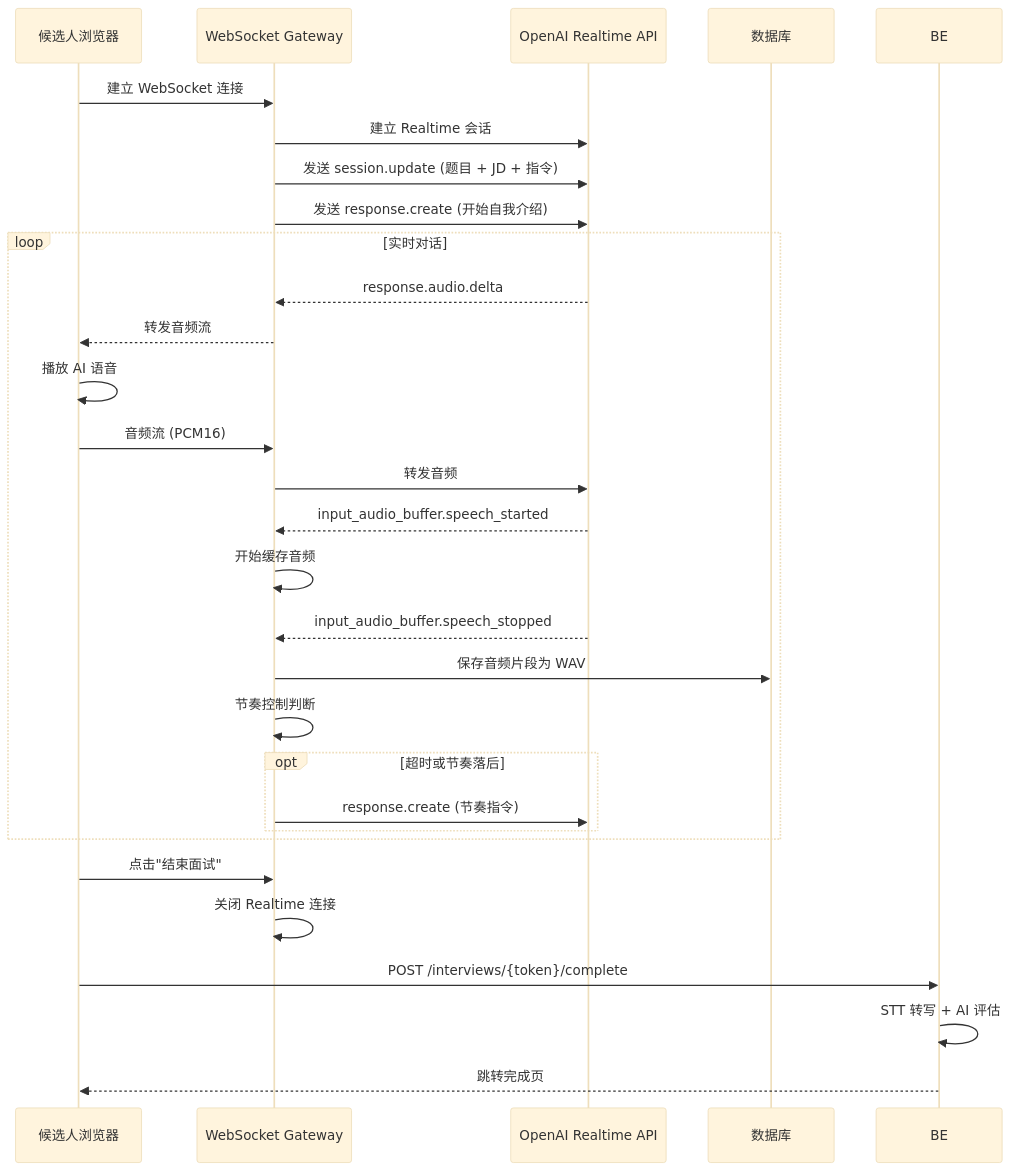
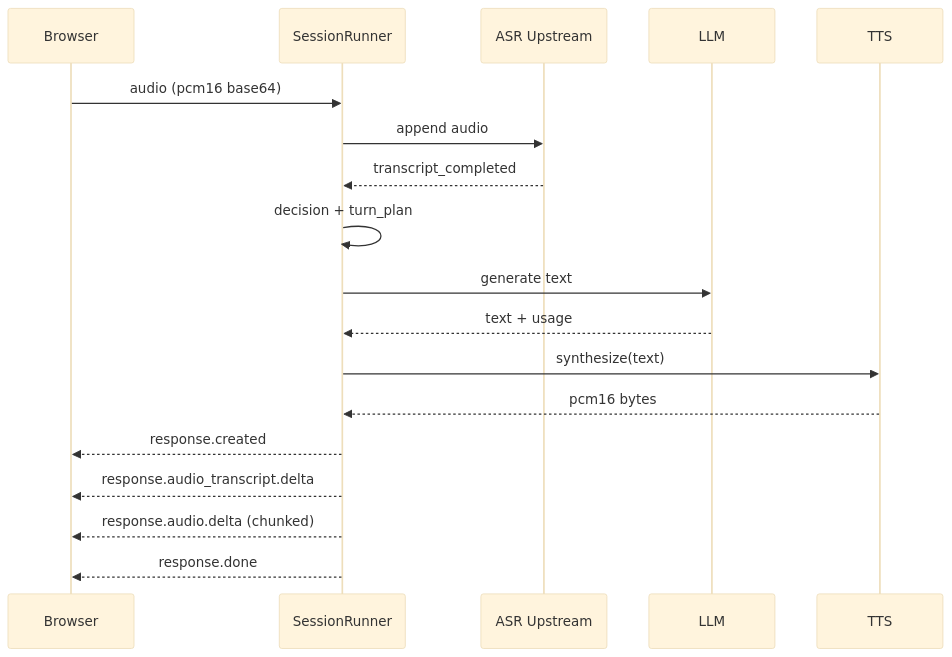
One commit to cziwen/AI_Interviewer changed the diagram in spec_doc/02_architecture.md. Above: the diagram before and after it, drawn with Mermaid (base theme). The commit also changed other lines of this file and 19 other files, not shown here.

````diff
--- a/spec_doc/02_architecture.md
+++ b/spec_doc/02_architecture.md
@@ -90,38 +35,21 @@
 ```mermaid
 sequenceDiagram
-    participant C as 候选人浏览器
-    participant WS as WebSocket Gateway
-    participant RT as OpenAI Realtime API
-    participant DB as 数据库
+    participant C as Browser
+    participant R as SessionRunner
+    participant A as ASR Upstream
+    participant L as LLM
+    participant T as TTS
 
-    C->>WS: 建立 WebSocket 连接
-    WS->>RT: 建立 Realtime 会话
-    WS->>RT: 发送 session.update (题目 + JD + 指令)
-    WS->>RT: 发送 response.create (开始自我介绍)
-
-    loop 实时对话
-        RT-->>WS: response.audio.delta
-        WS-->>C: 转发音频流
-        C->>C: 播放 AI 语音
-
-        C->>WS: 音频流 (PCM16)
-        WS->>RT: 转发音频
-
-        RT-->>WS: input_audio_buffer.speech_started
-        WS->>WS: 开始缓存音频
-
-        RT-->>WS: input_audio_buffer.speech_stopped
-        WS->>DB: 保存音频片段为 WAV
-        WS->>WS: 节奏控制判断
-
-        opt 超时或节奏落后
-            WS->>RT: response.create (节奏指令)
-        end
-    end
-
-    C->>WS: 点击"结束面试"
-    WS->>WS: 关闭 Realtime 连接
-    C->>BE: POST /interviews/{token}/complete
-    BE->>BE: STT 转写 + AI 评估
-    BE-->>C: 跳转完成页
+    C->>R: audio (pcm16 base64)
+    R->>A: append audio
+    A-->>R: transcript_completed
+    R->>R: decision + turn_plan
+    R->>L: generate text
+    L-->>R: text + usage
+    R->>T: synthesize(text)
+    T-->>R: pcm16 bytes
+    R-->>C: response.created
+    R-->>C: response.audio_transcript.delta
+    R-->>C: response.audio.delta (chunked)
+    R-->>C: response.done
 ```
````
